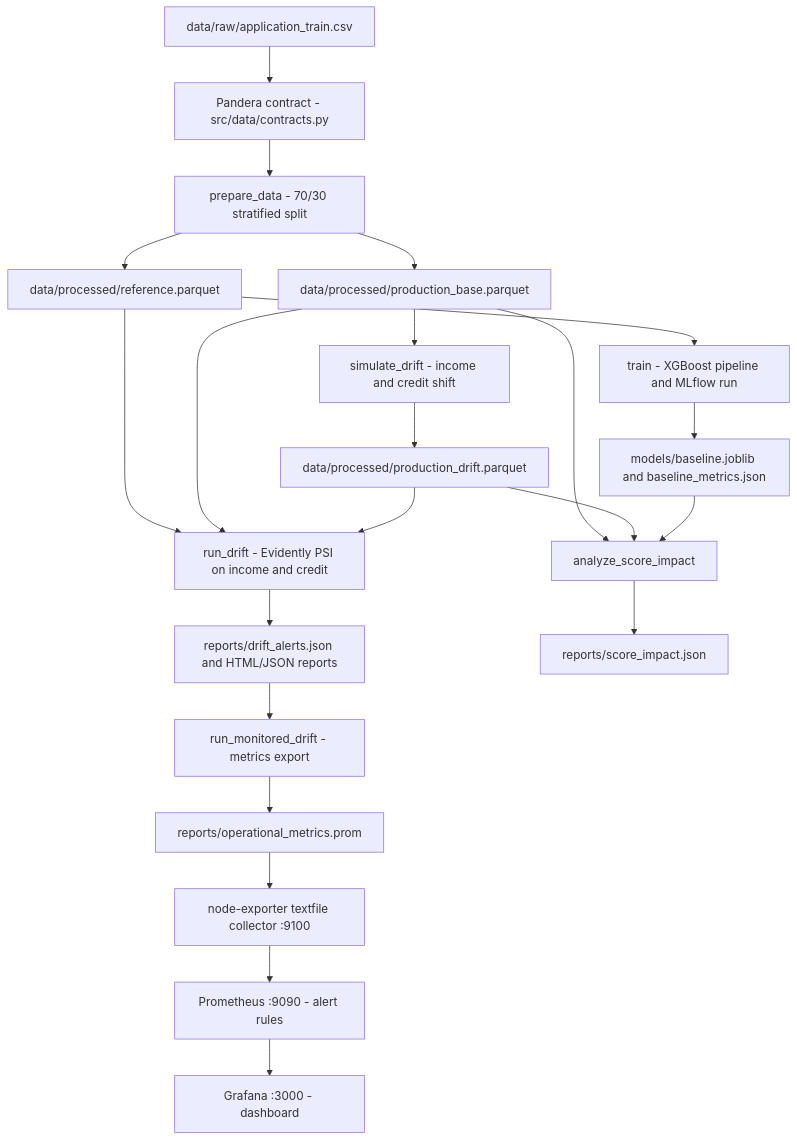
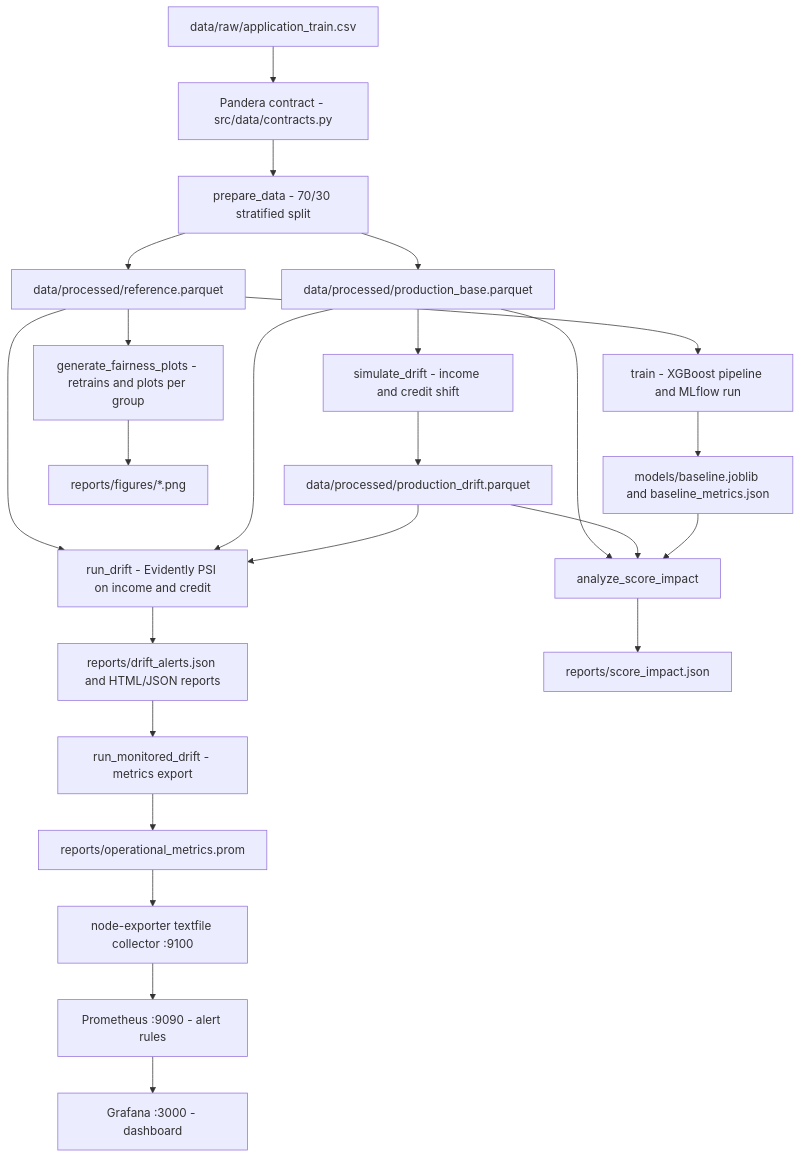
Before and after one commit to PosTech9MLET/tech-challenge-fase-4: the diagram in openwiki/architecture/overview.md, drawn with Mermaid. The commit also changed other lines of this file and 17 other files, not shown here.

````diff
--- a/openwiki/architecture/overview.md
+++ b/openwiki/architecture/overview.md
@@ -119,24 +128,26 @@
 ```mermaid
 flowchart TD
     RAW["data/raw/application_train.csv"] --> CONTRACT["Pandera contract - src/data/contracts.py"]
     CONTRACT --> PREP["prepare_data - 70/30 stratified split"]
     PREP --> REF["data/processed/reference.parquet"]
     PREP --> PROD["data/processed/production_base.parquet"]
     REF --> TRAIN["train - XGBoost pipeline and MLflow run"]
     TRAIN --> MODEL["models/baseline.joblib and baseline_metrics.json"]
+    REF --> FAIR["generate_fairness_plots - retrains and plots per group"]
+    FAIR --> FIGS["reports/figures/*.png"]
     PROD --> SIM["simulate_drift - income and credit shift"]
     SIM --> DRIFTED["data/processed/production_drift.parquet"]
     REF --> DRIFT["run_drift - Evidently PSI on income and credit"]
     PROD --> DRIFT
     DRIFTED --> DRIFT
     DRIFT --> ALERTS["reports/drift_alerts.json and HTML/JSON reports"]
     PROD --> IMPACT["analyze_score_impact"]
     DRIFTED --> IMPACT
     MODEL --> IMPACT
     IMPACT --> SCORE["reports/score_impact.json"]
     ALERTS --> MON["run_monitored_drift - metrics export"]
     MON --> PROM_FILE["reports/operational_metrics.prom"]
     PROM_FILE --> NODE["node-exporter textfile collector :9100"]
     NODE --> PROMETHEUS["Prometheus :9090 - alert rules"]
     PROMETHEUS --> GRAFANA["Grafana :3000 - dashboard"]
 ```
````
